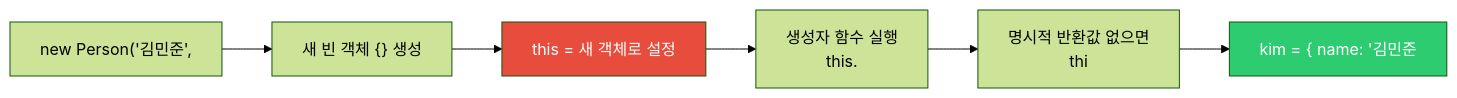
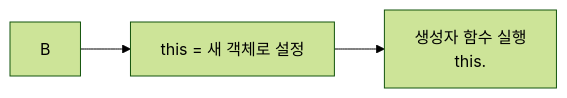
Before and after one commit to yjkim2015/yjkim2015.github.io: the fourth of 7 diagrams in _posts/frontend/2026-05-02-js-this-binding.md, drawn with Mermaid (forest theme). The commit also changed 132 other files, not shown here.

First line of the commit message:
Mermaid 다이어그램 가독성 정리: 단순 제거, 노드 축소, TD→LR 변환

````diff
--- a/_posts/frontend/2026-05-02-js-this-binding.md
+++ b/_posts/frontend/2026-05-02-js-this-binding.md
@@ -243,10 +243,5 @@
 ```mermaid
 flowchart LR
-    A["new Person('김민준',"] --> B["새 빈 객체 {} 생성"]
     B --> C["this = 새 객체로 설정"]
     C --> D["생성자 함수 실행<br>this."]
-    D --> E["명시적 반환값 없으면<br>thi"]
-    E --> F["kim = { name: '김민준"]
-    style C fill:#e74c3c,color:#fff
-    style F fill:#2ecc71,color:#fff
 ```
````
